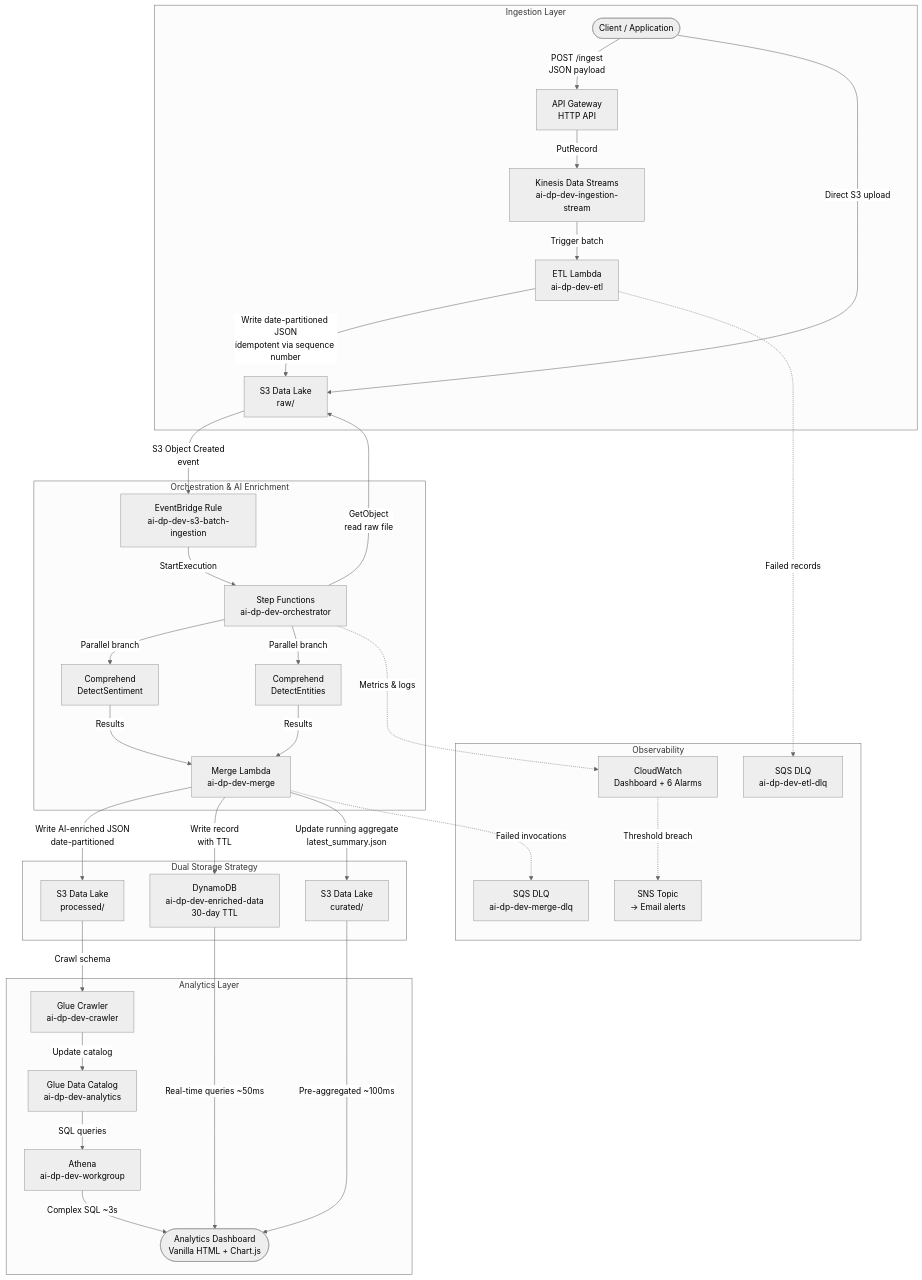
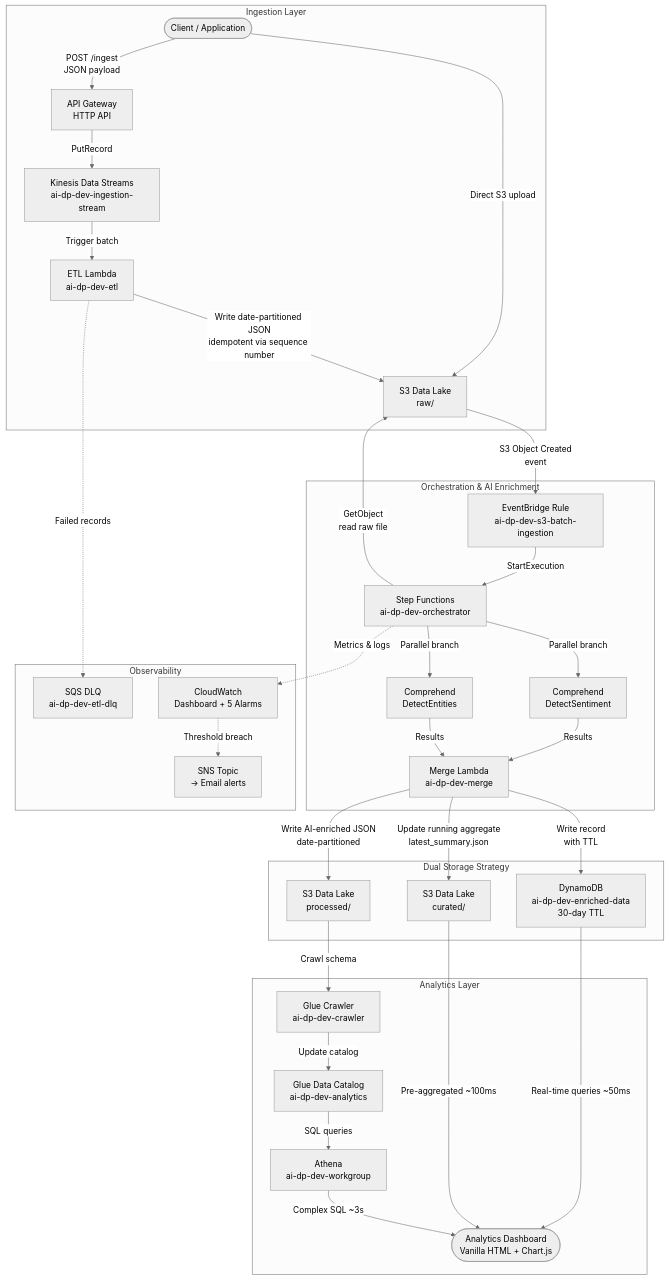
Before and after one commit to CloudMikey/ai-dp: the first of 6 diagrams in docs/architecture.md, drawn with Mermaid (neutral theme). The commit also changed other lines of this file and 16 other files, not shown here.

First line of the commit message:
Remove the merge Lambda DLQ that could never receive messages

````diff
--- a/docs/architecture.md
+++ b/docs/architecture.md
@@ -24,68 +24,66 @@
 ```mermaid
 flowchart TD
     subgraph Ingestion["Ingestion Layer"]
         Client(["Client / Application"])
         APIGW["API Gateway\nHTTP API"]
         Kinesis["Kinesis Data Streams\nai-dp-dev-ingestion-stream"]
         ETL["ETL Lambda\nai-dp-dev-etl"]
         S3Raw["S3 Data Lake\nraw/"]
 
         Client -->|"POST /ingest\nJSON payload"| APIGW
         Client -->|"Direct S3 upload"| S3Raw
         APIGW -->|"PutRecord"| Kinesis
         Kinesis -->|"Trigger batch"| ETL
         ETL -->|"Write date-partitioned JSON\nidempotent via sequence number"| S3Raw
     end
 
     subgraph Enrichment["Orchestration & AI Enrichment"]
         EB["EventBridge Rule\nai-dp-dev-s3-batch-ingestion"]
         SF["Step Functions\nai-dp-dev-orchestrator"]
         Sentiment["Comprehend\nDetectSentiment"]
         Entities["Comprehend\nDetectEntities"]
         Merge["Merge Lambda\nai-dp-dev-merge"]
 
         S3Raw -->|"S3 Object Created\nevent"| EB
         EB -->|"StartExecution"| SF
         SF -->|"GetObject\nread raw file"| S3Raw
         SF -->|"Parallel branch"| Sentiment
         SF -->|"Parallel branch"| Entities
         Sentiment -->|"Results"| Merge
         Entities -->|"Results"| Merge
     end
 
     subgraph Storage["Dual Storage Strategy"]
         S3Processed["S3 Data Lake\nprocessed/"]
         S3Curated["S3 Data Lake\ncurated/"]
         DynamoDB["DynamoDB\nai-dp-dev-enriched-data\n30-day TTL"]
 
         Merge -->|"Write AI-enriched JSON\ndate-partitioned"| S3Processed
         Merge -->|"Write record\nwith TTL"| DynamoDB
         Merge -->|"Update running aggregate\nlatest_summary.json"| S3Curated
     end
 
     subgraph Analytics["Analytics Layer"]
         Glue["Glue Crawler\nai-dp-dev-crawler"]
         Catalog["Glue Data Catalog\nai-dp-dev-analytics"]
         Athena["Athena\nai-dp-dev-workgroup"]
         Dashboard(["Analytics Dashboard\nVanilla HTML + Chart.js"])
 
         S3Processed -->|"Crawl schema"| Glue
         Glue -->|"Update catalog"| Catalog
         Catalog -->|"SQL queries"| Athena
         DynamoDB -->|"Real-time queries ~50ms"| Dashboard
         S3Curated -->|"Pre-aggregated ~100ms"| Dashboard
         Athena -->|"Complex SQL ~3s"| Dashboard
     end
 
     subgraph Observability["Observability"]
         ETLDLQ["SQS DLQ\nai-dp-dev-etl-dlq"]
-        MergeDLQ["SQS DLQ\nai-dp-dev-merge-dlq"]
-        CW["CloudWatch\nDashboard + 6 Alarms"]
+        CW["CloudWatch\nDashboard + 5 Alarms"]
         SNS["SNS Topic\n→ Email alerts"]
 
         ETL -.->|"Failed records"| ETLDLQ
-        Merge -.->|"Failed invocations"| MergeDLQ
         SF -.->|"Metrics & logs"| CW
         CW -.->|"Threshold breach"| SNS
     end
 ```
````
